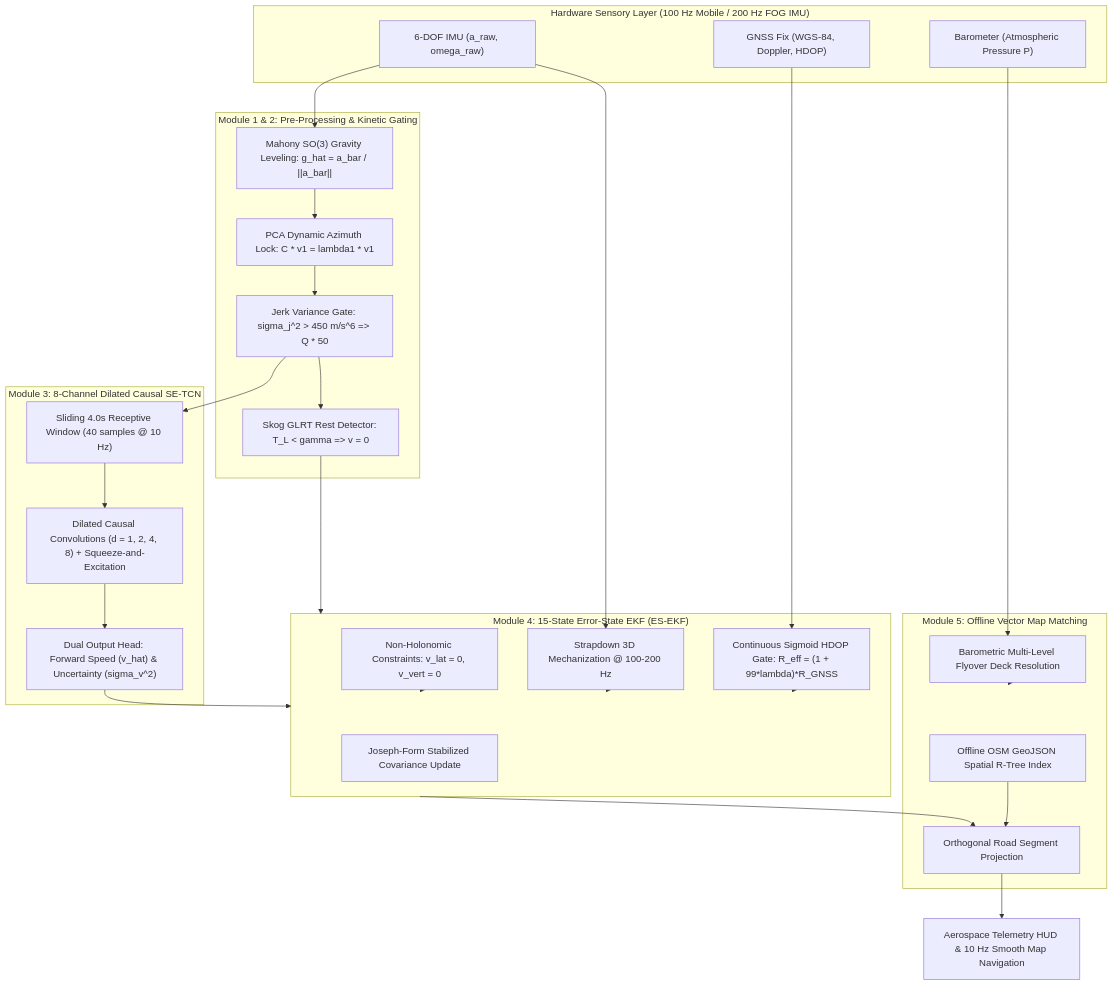
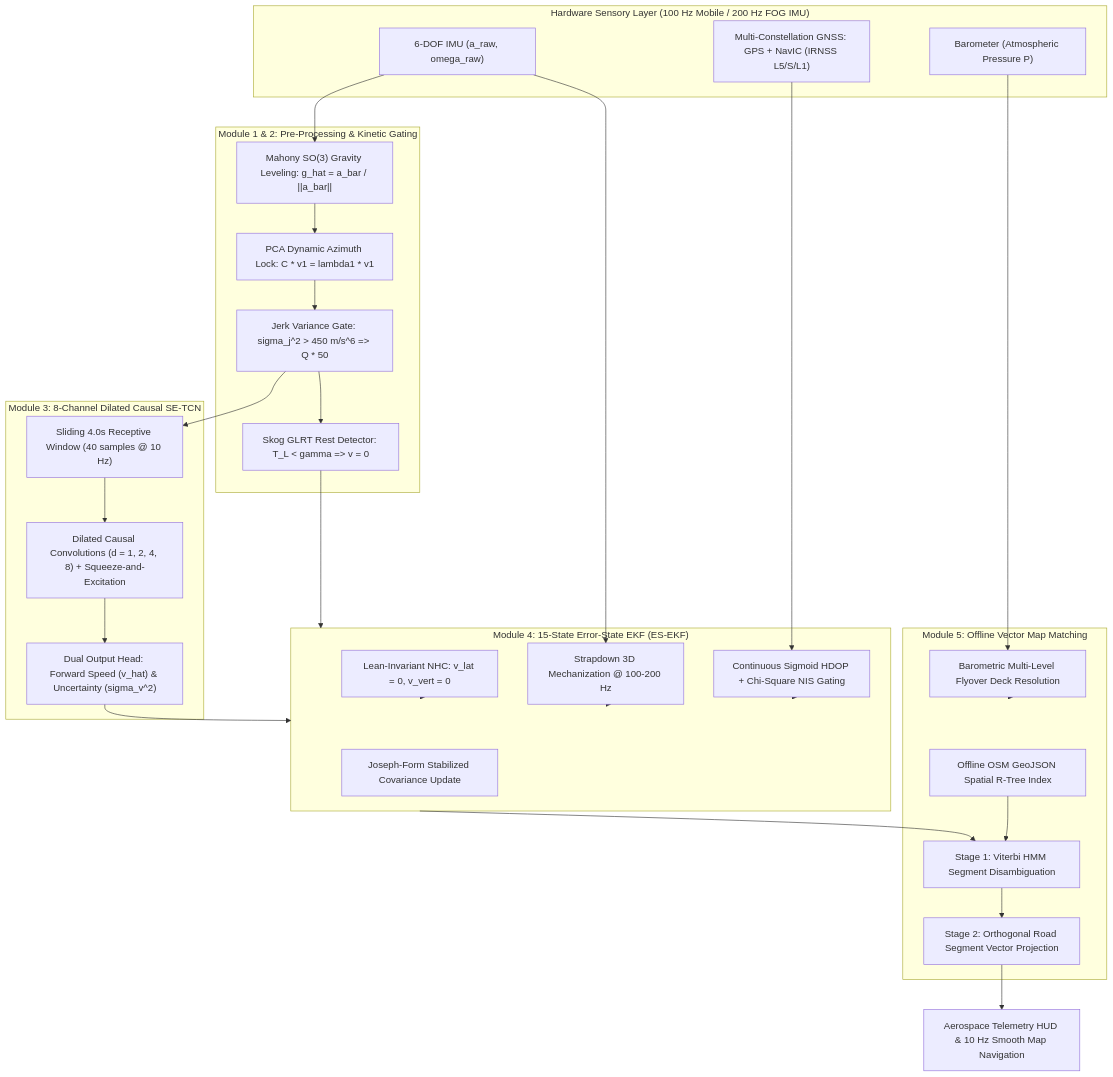
One commit to YashEkhande24/idr-desktop-simulator changed the diagram in README.md. Above: the diagram before and after it, drawn with Mermaid. The commit also changed other lines of this file and 8 other files, not shown here.

````diff
--- a/README.md
+++ b/README.md
@@ -65,46 +259,47 @@
 ```mermaid
 flowchart TD
     subgraph SENSORS ["Hardware Sensory Layer (100 Hz Mobile / 200 Hz FOG IMU)"]
         IMU["6-DOF IMU (a_raw, omega_raw)"]
-        GNSS["GNSS Fix (WGS-84, Doppler, HDOP)"]
+        GNSS["Multi-Constellation GNSS: GPS + NavIC (IRNSS L5/S/L1)"]
         BARO["Barometer (Atmospheric Pressure P)"]
     end
 
     subgraph PREPROC ["Module 1 & 2: Pre-Processing & Kinetic Gating"]
         GRAV["Mahony SO(3) Gravity Leveling: g_hat = a_bar / ||a_bar||"]
         PCA["PCA Dynamic Azimuth Lock: C * v1 = lambda1 * v1"]
         JERK["Jerk Variance Gate: sigma_j^2 > 450 m/s^6 => Q * 50"]
         ZUPT["Skog GLRT Rest Detector: T_L < gamma => v = 0"]
     end
 
     subgraph AI_ENGINE ["Module 3: 8-Channel Dilated Causal SE-TCN"]
         BUFFER["Sliding 4.0s Receptive Window (40 samples @ 10 Hz)"]
         TCN["Dilated Causal Convolutions (d = 1, 2, 4, 8) + Squeeze-and-Excitation"]
         HEADS["Dual Output Head: Forward Speed (v_hat) & Uncertainty (sigma_v^2)"]
     end
 
     subgraph FUSION ["Module 4: 15-State Error-State EKF (ES-EKF)"]
         PROP["Strapdown 3D Mechanization @ 100-200 Hz"]
-        NHC["Non-Holonomic Constraints: v_lat = 0, v_vert = 0"]
-        HDOP_GATE["Continuous Sigmoid HDOP Gate: R_eff = (1 + 99*lambda)*R_GNSS"]
+        NHC["Lean-Invariant NHC: v_lat = 0, v_vert = 0"]
+        HDOP_GATE["Continuous Sigmoid HDOP + Chi-Square NIS Gating"]
         JOSEPH["Joseph-Form Stabilized Covariance Update"]
     end
 
     subgraph MAPPING ["Module 5: Offline Vector Map Matching"]
         OSM["Offline OSM GeoJSON Spatial R-Tree Index"]
-        SNAP["Orthogonal Road Segment Projection"]
+        HMM["Stage 1: Viterbi HMM Segment Disambiguation"]
+        SNAP["Stage 2: Orthogonal Road Segment Vector Projection"]
         ALT["Barometric Multi-Level Flyover Deck Resolution"]
     end
 
     IMU --> GRAV --> PCA --> JERK
     JERK --> BUFFER --> TCN --> HEADS
     JERK --> ZUPT --> FUSION
     HEADS --> FUSION
     GNSS --> HDOP_GATE --> FUSION
     BARO --> ALT --> MAPPING
     IMU --> PROP --> FUSION
     NHC --> FUSION
-    FUSION --> SNAP
-    OSM --> SNAP
+    FUSION --> HMM --> SNAP
+    OSM --> HMM
     SNAP --> HUD["Aerospace Telemetry HUD & 10 Hz Smooth Map Navigation"]
 ```
````
